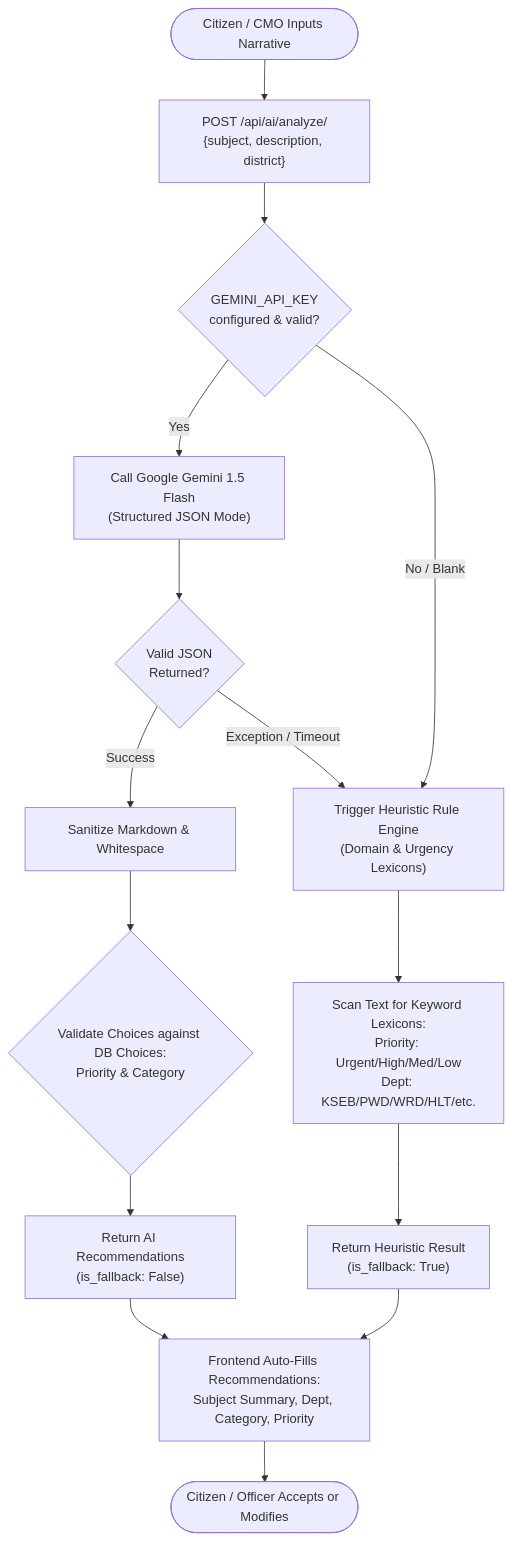
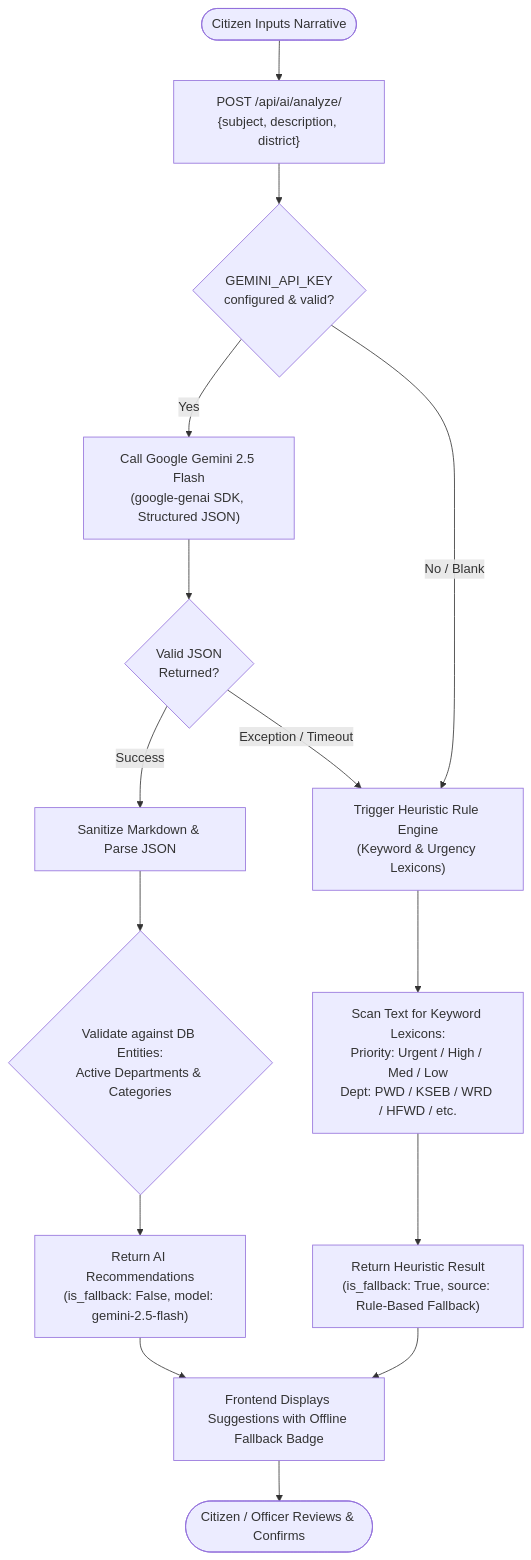
One commit to SandeepSreekailas/janaseva-kerala changed the diagram in DOCUMENTATION/05_AI_Integration.md. Above: the diagram before and after it, drawn with Mermaid. The commit also changed other lines of this file and 8 other files, not shown here.

Commit message:
docs: finalize technical documentation, cleanup code artifacts, and update Gemini 2.5 Flash specifications

````diff
--- a/DOCUMENTATION/05_AI_Integration.md
+++ b/DOCUMENTATION/05_AI_Integration.md
@@ -29,22 +30,22 @@
 ```mermaid
 flowchart TD
-    Start([Citizen / CMO Inputs Narrative]) --> CallAPI["POST /api/ai/analyze/\n{subject, description, district}"]
+    Start([Citizen Inputs Narrative]) --> CallAPI["POST /api/ai/analyze/\n{subject, description, district}"]
     CallAPI --> CheckKey{GEMINI_API_KEY\nconfigured & valid?}
 
-    CheckKey -->|Yes| GeminiCall["Call Google Gemini 1.5 Flash\n(Structured JSON Mode)"]
-    CheckKey -->|No / Blank| Fallback["Trigger Heuristic Rule Engine\n(Domain & Urgency Lexicons)"]
+    CheckKey -->|Yes| GeminiCall["Call Google Gemini 2.5 Flash\n(google-genai SDK, Structured JSON)"]
+    CheckKey -->|No / Blank| Fallback["Trigger Heuristic Rule Engine\n(Keyword & Urgency Lexicons)"]
 
     GeminiCall --> TryParse{Valid JSON\nReturned?}
-    TryParse -->|Success| CleanFormat["Sanitize Markdown & Whitespace"]
+    TryParse -->|Success| CleanFormat["Sanitize Markdown & Parse JSON"]
     TryParse -->|Exception / Timeout| Fallback
 
-    CleanFormat --> ValidateEnums{"Validate Choices against DB Choices:\nPriority & Category"}
-    ValidateEnums --> ReturnAI["Return AI Recommendations\n(is_fallback: False)"]
+    CleanFormat --> ValidateDB{"Validate against DB Entities:\nActive Departments & Categories"}
+    ValidateDB --> ReturnAI["Return AI Recommendations\n(is_fallback: False, model: gemini-2.5-flash)"]
 
-    Fallback --> MapKeywords["Scan Text for Keyword Lexicons:\nPriority: Urgent/High/Med/Low\nDept: KSEB/PWD/WRD/HLT/etc."]
-    MapKeywords --> ReturnFallback["Return Heuristic Result\n(is_fallback: True)"]
+    Fallback --> MapKeywords["Scan Text for Keyword Lexicons:\nPriority: Urgent / High / Med / Low\nDept: PWD / KSEB / WRD / HFWD / etc."]
+    MapKeywords --> ReturnFallback["Return Heuristic Result\n(is_fallback: True, source: Rule-Based Fallback)"]
 
-    ReturnAI --> UI["Frontend Auto-Fills Recommendations:\nSubject Summary, Dept, Category, Priority"]
-    ReturnFallback --> UI
-    UI --> HumanReview([Citizen / Officer Accepts or Modifies])
+    ReturnAI --> UI["Frontend Displays Suggestions with Live AI Badge"]
+    ReturnFallback --> UI["Frontend Displays Suggestions with Offline Fallback Badge"]
+    UI --> HumanReview([Citizen / Officer Reviews & Confirms])
 ```
````
